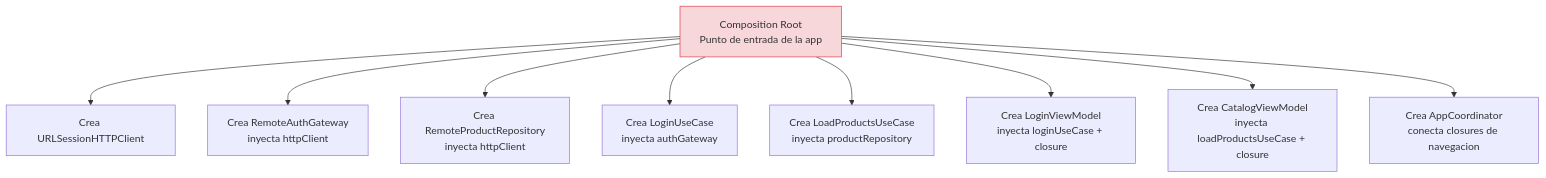
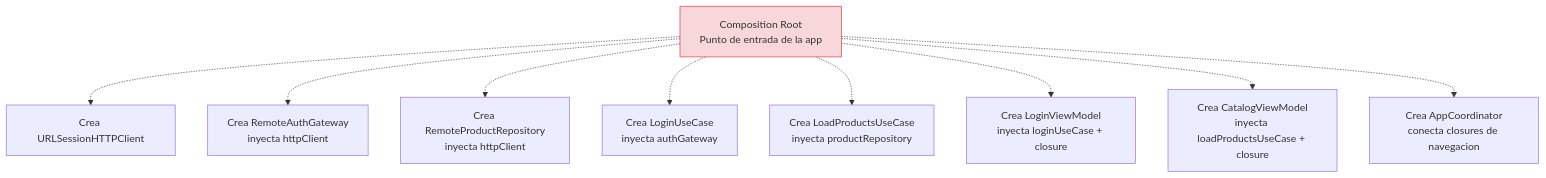
The first of 2 diagrams in 02-integracion/06-composition-root.md (SwiftEnProfundidad/stack-my-architecture-ios), drawn with Mermaid before and after one commit. The commit also changed other lines of this file and 130 other files, not shown here.

````diff
--- a/02-integracion/06-composition-root.md
+++ b/02-integracion/06-composition-root.md
@@ -31,13 +31,13 @@
 ```mermaid
 flowchart TD
-    CR["Composition Root<br/>Punto de entrada de la app"] --> HTTP["Crea URLSessionHTTPClient"]
-    CR --> AUTH["Crea RemoteAuthGateway<br/>inyecta httpClient"]
-    CR --> PROD["Crea RemoteProductRepository<br/>inyecta httpClient"]
-    CR --> LUC["Crea LoginUseCase<br/>inyecta authGateway"]
-    CR --> PUC["Crea LoadProductsUseCase<br/>inyecta productRepository"]
-    CR --> LVM["Crea LoginViewModel<br/>inyecta loginUseCase + closure"]
-    CR --> CVM["Crea CatalogViewModel<br/>inyecta loadProductsUseCase + closure"]
-    CR --> COORD["Crea AppCoordinator<br/>conecta closures de navegacion"]
+    CR["Composition Root<br/>Punto de entrada de la app"] -.-> HTTP["Crea URLSessionHTTPClient"]
+    CR -.-> AUTH["Crea RemoteAuthGateway<br/>inyecta httpClient"]
+    CR -.-> PROD["Crea RemoteProductRepository<br/>inyecta httpClient"]
+    CR -.-> LUC["Crea LoginUseCase<br/>inyecta authGateway"]
+    CR -.-> PUC["Crea LoadProductsUseCase<br/>inyecta productRepository"]
+    CR -.-> LVM["Crea LoginViewModel<br/>inyecta loginUseCase + closure"]
+    CR -.-> CVM["Crea CatalogViewModel<br/>inyecta loadProductsUseCase + closure"]
+    CR -.-> COORD["Crea AppCoordinator<br/>conecta closures de navegacion"]
 
     style CR fill:#f8d7da,stroke:#dc3545
 ```
````
